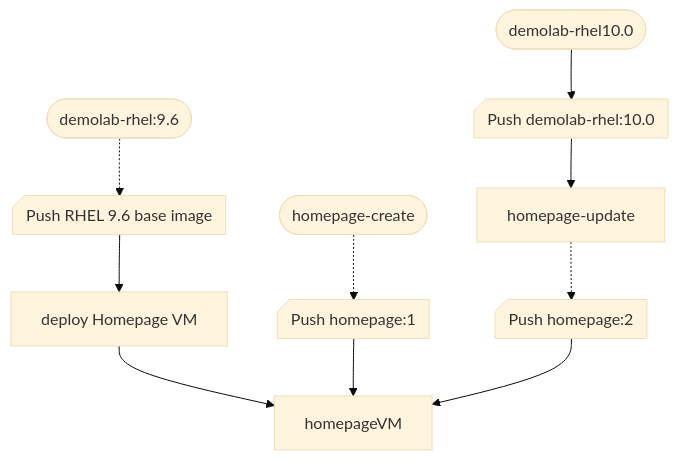
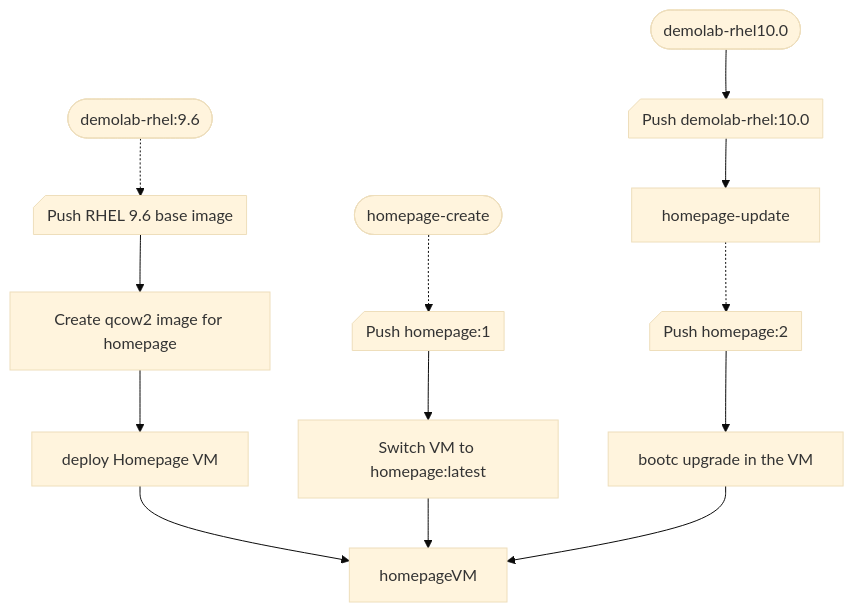
The diagram in README.md (jvdbreggen/imagemodedemo), drawn with Mermaid (base theme) before and after one commit. The commit also changed other lines of this file, not shown here.

Commit message:
upgrade flow diagram, remove sequence diagram

````diff
--- a/README.md
+++ b/README.md
@@ -8,12 +8,16 @@
 ```mermaid
 graph TD;
-    demolab96([demolab-rhel:9.6])-.->pushrhel96@{ shape: notch-rect, label: "Push RHEL 9.6 base image" }-->
-    homepagevm1[deploy Homepage VM]-->homepageVM;
+    demolab96([demolab-rhel:9.6])-.->pushrhel96@{ shape: notch-rect, label: "Push RHEL 9.6 base image" };
+    homepagevm1[deploy Homepage VM];
+    createqcow2[Create qcow2 image for homepage]-->homepagevm1;
+    pushrhel96-->createqcow2;
+    homepagevm1-->homepageVM;
     homepagecreate([homepage-create])-.->pushhomepagecreate@{ shape: notch-rect, label: "Push homepage:1" };
-    pushhomepagecreate-->homepageVM;
+    pushhomepagecreate-->switchhomepage[Switch VM to homepage:latest];
+    switchhomepage-->homepageVM;
     demolab10([demolab-rhel10.0])-->pushrhel10@{ shape: notch-rect, label: "Push demolab-rhel:10.0" };
     homepageupdate[homepage-update]-.->pushhomepageupdate@{ shape: notch-rect, label: "Push homepage:2" }
     pushrhel10-->homepageupdate;
-    pushhomepageupdate-->homepageVM;
-
+    pushhomepageupdate-->upgradeVM[bootc upgrade in the VM];
+    upgradeVM-->homepageVM;
 ```
````
